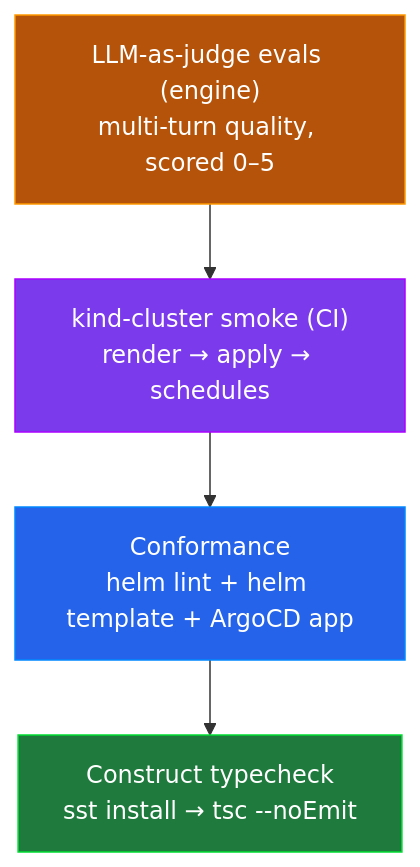
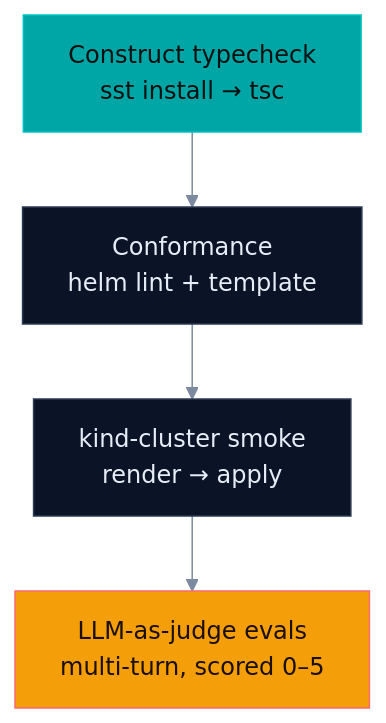
Before and after one commit to SmooAI/deploy: the second of 2 diagrams in README.md, drawn with Mermaid. The commit also changed other lines of this file and 2 other files, not shown here.

Commit message:
chore: glow up README + diagrams — hero banner, marketing callout (#8)

````diff
--- a/README.md
+++ b/README.md
@@ -165,14 +157,15 @@
 ```mermaid
+%%{init: {'theme':'base','themeVariables':{
+  'background':'#020618','primaryColor':'#0b1426','primaryTextColor':'#e6edf6','primaryBorderColor':'#2b3a52',
+  'lineColor':'#7c8aa0','secondaryColor':'#0b1426','tertiaryColor':'#0b1426','fontFamily':'ui-sans-serif, system-ui, sans-serif',
+  'clusterBkg':'#0b1426','clusterBorder':'#22304a'}}}%%
 flowchart TD
-    J["LLM-as-judge evals (engine)<br/>multi-turn quality, scored 0–5"]
-    E["kind-cluster smoke (CI)<br/>render → apply → schedules"]
-    C["Conformance<br/>helm lint + helm template + ArgoCD app"]
-    U["Construct typecheck<br/>sst install → tsc --noEmit"]
+  U["Construct typecheck<br/>sst install → tsc"] --> C["Conformance<br/>helm lint + template"]
+  C --> E["kind-cluster smoke<br/>render → apply"]
+  E --> J["LLM-as-judge evals<br/>multi-turn, scored 0–5"]
 
-    J --> E --> C --> U
-
-    style U fill:#1f7a3d,stroke:#0d3,color:#fff
-    style C fill:#2563eb,stroke:#08f,color:#fff
-    style E fill:#7c3aed,stroke:#a0f,color:#fff
-    style J fill:#b45309,stroke:#f90,color:#fff
+  classDef warm fill:#f49f0a,stroke:#ff6b6c,color:#1a0f00;
+  classDef teal fill:#00a6a6,stroke:#00c2c2,color:#011;
+  class U teal
+  class J warm
 ```
````
